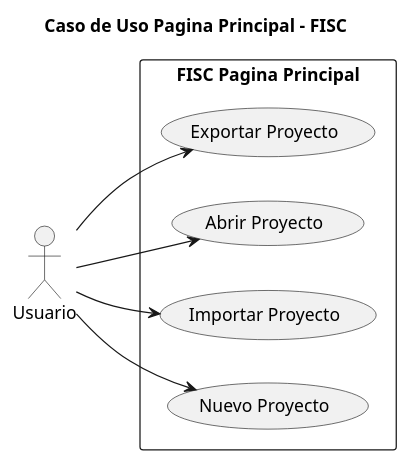
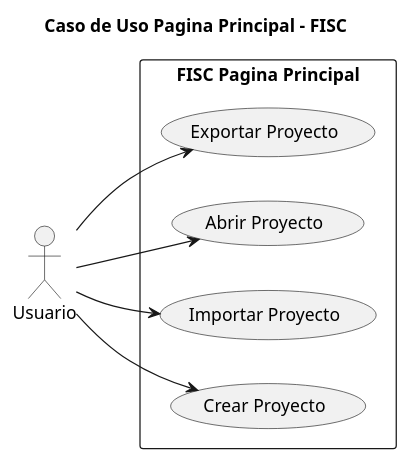
One commit to mmasias/23-24-IdSw1-SDR changed the diagram in casosDeUso/casoUsoPaginaPrincipal.puml. Above: the diagram before and after it, drawn with PlantUML. The commit also changed 4 other files, not shown here.

```diff
--- a/casosDeUso/casoUsoPaginaPrincipal.puml
+++ b/casosDeUso/casoUsoPaginaPrincipal.puml
@@ -1,21 +1,21 @@
 @startuml
 
 title Caso de Uso Pagina Principal - FISC
 
 left to right direction
 
 actor Usuario as user
 
 rectangle "FISC Pagina Principal" {
     usecase "Exportar Proyecto" as exportar
     usecase "Abrir Proyecto" as abrir
     usecase "Importar Proyecto" as importar
-    usecase "Nuevo Proyecto" as nuevo
+    usecase "Crear Proyecto" as nuevo
 }
 
 user --> exportar : ""
 user --> abrir : ""
 user --> importar : ""
 user --> nuevo : ""
 
 @enduml
```
